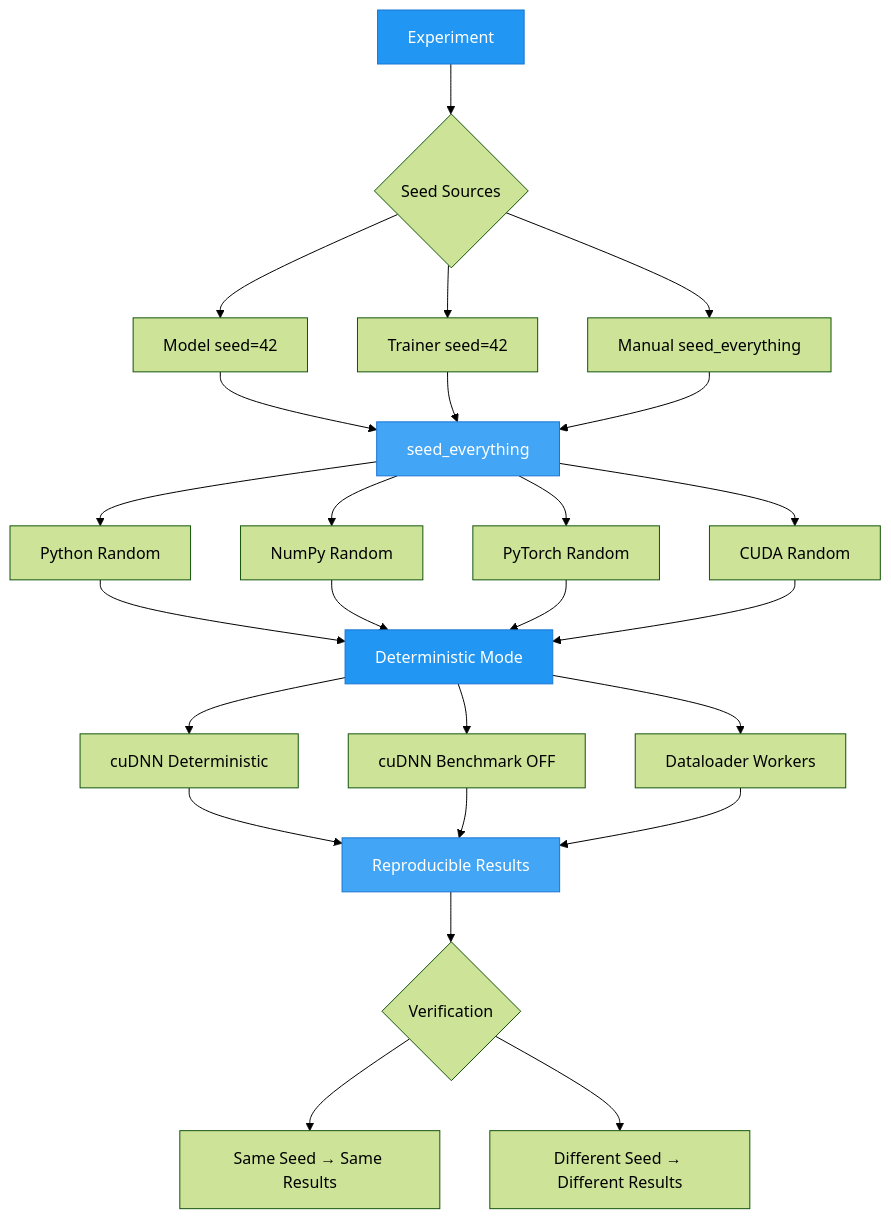
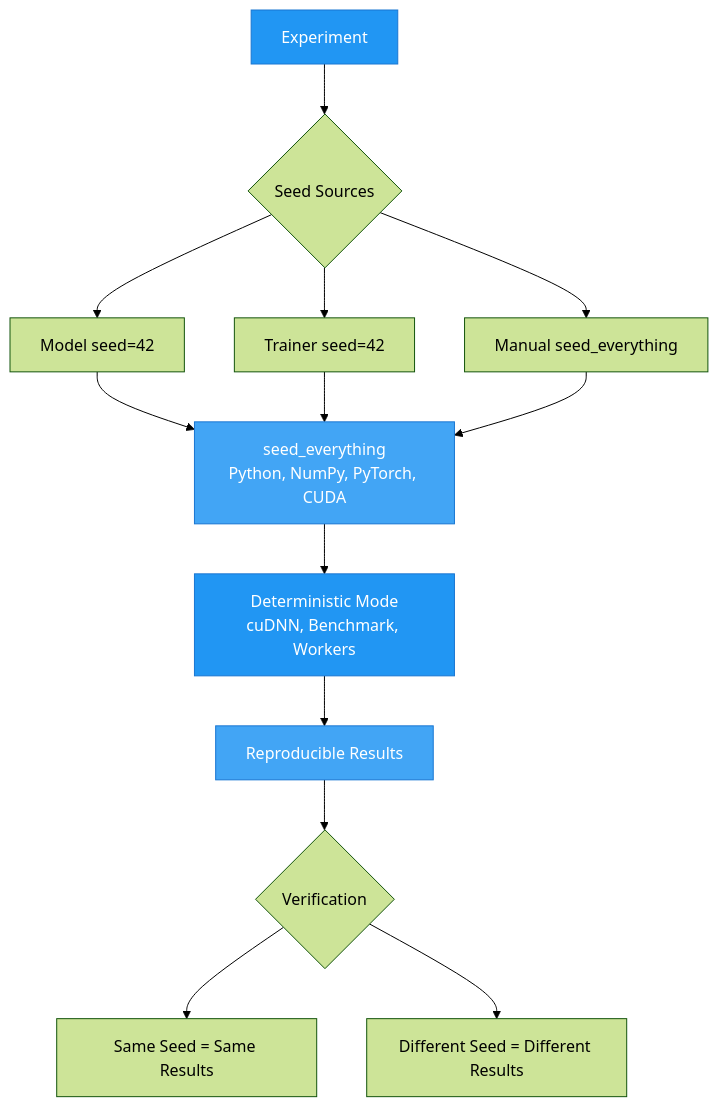
The diagram in docs/user-guide/guides/reproducibility.md (theja-vanka/AutoTimm), drawn with Mermaid (forest theme) before and after one commit. The commit also changed 5 other files, not shown here.

Commit message:
refactor: mermaid diagrams in docs

````diff
--- a/docs/user-guide/guides/reproducibility.md
+++ b/docs/user-guide/guides/reproducibility.md
@@ -7,39 +7,25 @@
 ```mermaid
 graph TD
     A[Experiment] --> B{Seed Sources}
-    
+
     B --> C1[Model seed=42]
     B --> C2[Trainer seed=42]
     B --> C3[Manual seed_everything]
-    
-    C1 --> D[seed_everything]
+
+    C1 --> D[seed_everything<br/>Python, NumPy, PyTorch, CUDA]
     C2 --> D
     C3 --> D
-    
-    D --> E1[Python Random]
-    D --> E2[NumPy Random]
-    D --> E3[PyTorch Random]
-    D --> E4[CUDA Random]
-    
-    E1 --> F[Deterministic Mode]
-    E2 --> F
-    E3 --> F
-    E4 --> F
-    
-    F --> G1[cuDNN Deterministic]
-    F --> G2[cuDNN Benchmark OFF]
-    F --> G3[Dataloader Workers]
-    
-    G1 --> H[Reproducible Results]
-    G2 --> H
-    G3 --> H
-    
+
+    D --> F[Deterministic Mode<br/>cuDNN, Benchmark, Workers]
+
+    F --> H[Reproducible Results]
+
     H --> I{Verification}
-    I --> J1[Same Seed → Same Results]
-    I --> J2[Different Seed → Different Results]
-    
+    I --> J1[Same Seed = Same Results]
+    I --> J2[Different Seed = Different Results]
+
     style A fill:#2196F3,stroke:#1976D2,color:#fff
     style D fill:#42A5F5,stroke:#1976D2,color:#fff
     style F fill:#2196F3,stroke:#1976D2,color:#fff
     style H fill:#42A5F5,stroke:#1976D2,color:#fff
 ```
````
